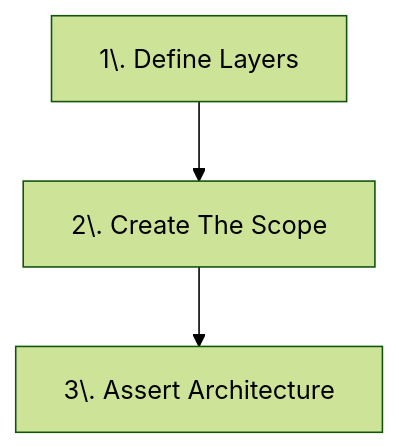
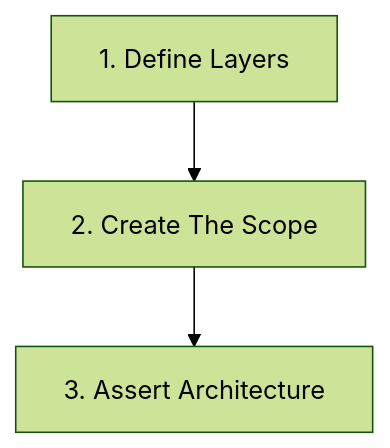
The second of 2 diagrams in getting-started/getting-started/create-secound-konsist-test-architectural-check.md (LemonAppDev/konsist-documentation), drawn with Mermaid before and after one commit. The commit also changed 6 other files, not shown here.

First line of the commit message:
Remove escaped dots from numbered Mermaid labels (#135)

````diff
--- a/getting-started/getting-started/create-secound-konsist-test-architectural-check.md
+++ b/getting-started/getting-started/create-secound-konsist-test-architectural-check.md
@@ -28,7 +28,7 @@
 ```mermaid
 %%{init: {'theme':'forest'}}%%
 flowchart TB
-    Step1["1\. Define Layers"]-->Step2
-    Step2["2\. Create The Scope"]-->Step3
-    Step3["3\. Assert Architecture"]
+    Step1["1. Define Layers"]-->Step2
+    Step2["2. Create The Scope"]-->Step3
+    Step3["3. Assert Architecture"]
 ```
````
